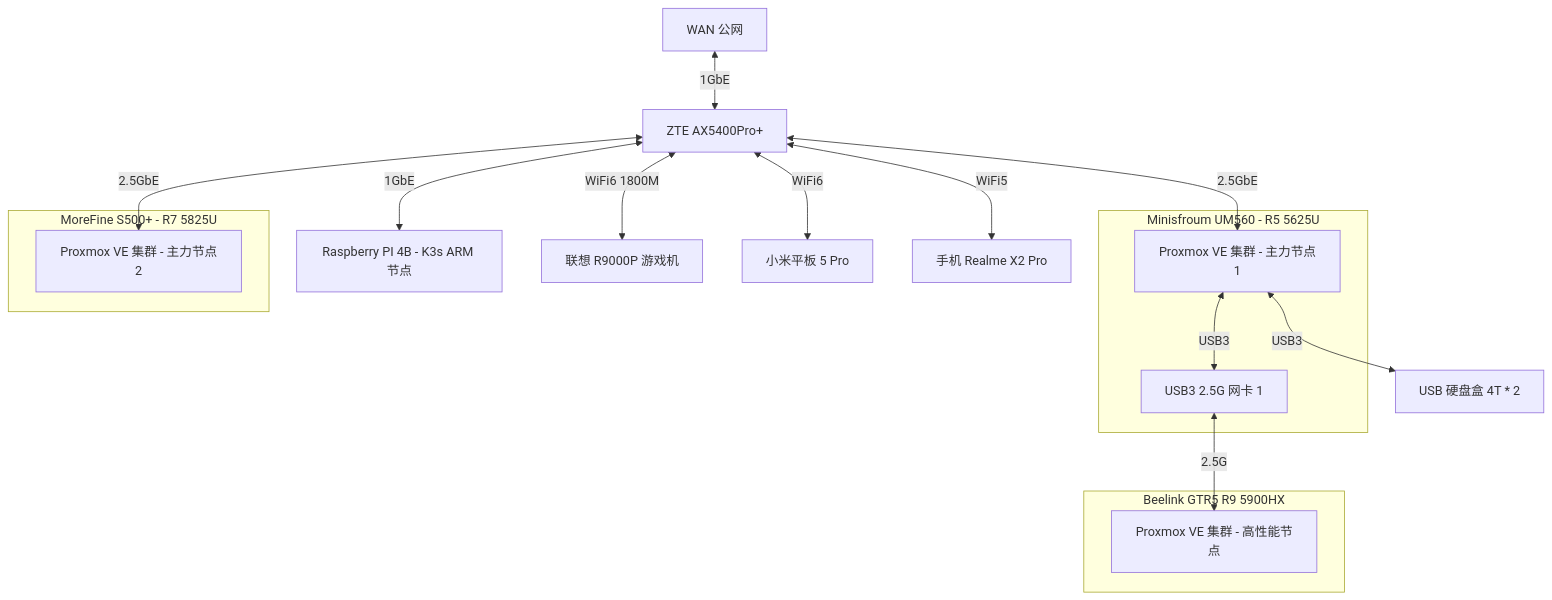
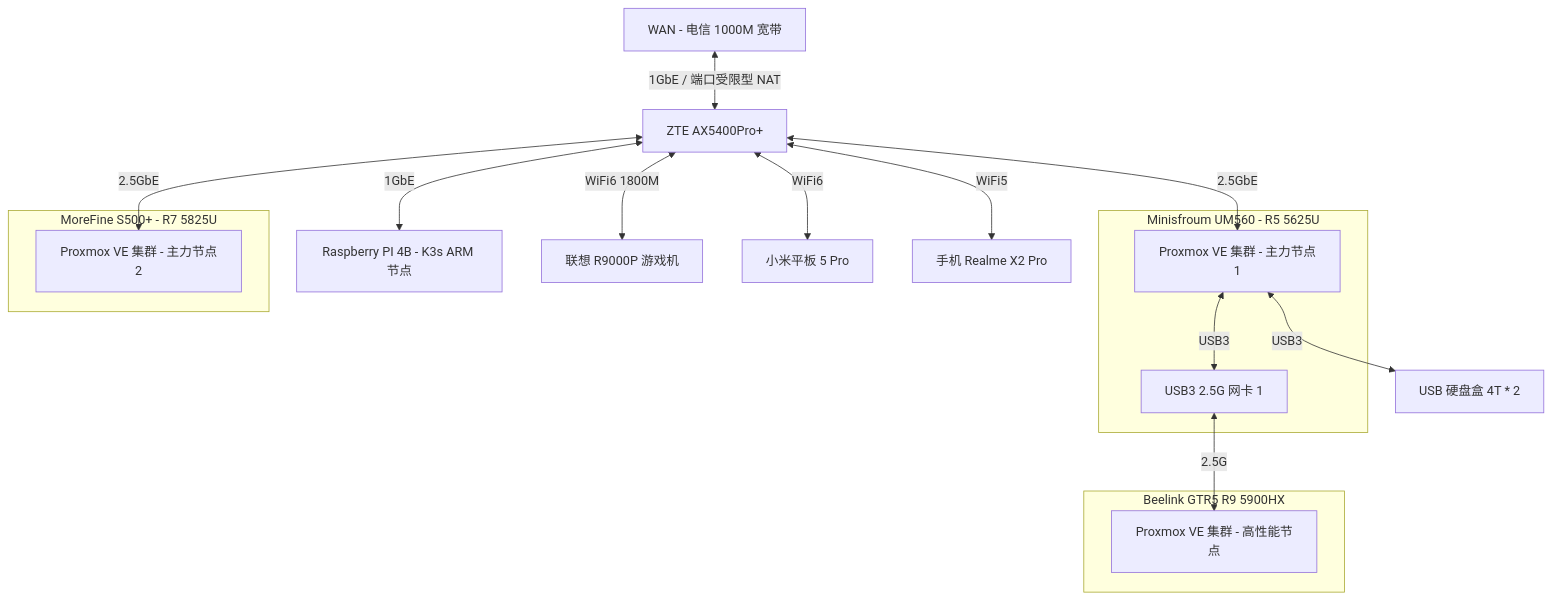
One commit to ryan4yin/knowledge changed the diagram in homelab/README.md. Above: the diagram before and after it, drawn with Mermaid. The commit also changed other lines of this file and 2 other files, not shown here.

````diff
--- a/homelab/README.md
+++ b/homelab/README.md
@@ -18,28 +18,28 @@
 ```mermaid
 graph TD
-  WAN[WAN 公网] <-- 1GbE -->edge_router
+  WAN[WAN - 电信 1000M 宽带] <-- 1GbE / 端口受限型 NAT -->edge_router
 	edge_router <-- 2.5GbE --> PVE-Node2
   edge_router[ZTE AX5400Pro+] <-- 2.5GbE --> PVE-Node1
 
 	edge_router <-- 1GbE --> raspberrypi[Raspberry PI 4B - K3s ARM 节点]
   edge_router <-- WiFi6 1800M --> R9000P[联想 R9000P 游戏机]
   edge_router <-- WiFi6 --> android_pad1[小米平板 5 Pro]
   edge_router <-- WiFi5 --> android1[手机 Realme X2 Pro]
 
 	subgraph PVE-node1[Minisfroum UM560 - R5 5625U]
     PVE-Node1[Proxmox VE 集群 - 主力节点1]
     PVE-Node1 <-- USB3 --> USB-NIC1[USB3 2.5G 网卡 1]
 	end
   
   PVE-Node1 <-- USB3 --> USB-Storage1[USB 硬盘盒 4T * 2]
 	USB-NIC1 <-- 2.5G --> PVE-Node3
 	
 	subgraph PVE-node2[MoreFine S500+ - R7 5825U]
     PVE-Node2[Proxmox VE 集群 - 主力节点2]
 	end
 
 	subgraph PVE-node3[Beelink GTR5 R9 5900HX]
     PVE-Node3[Proxmox VE 集群 - 高性能节点]
 	end
 
 ```
````
